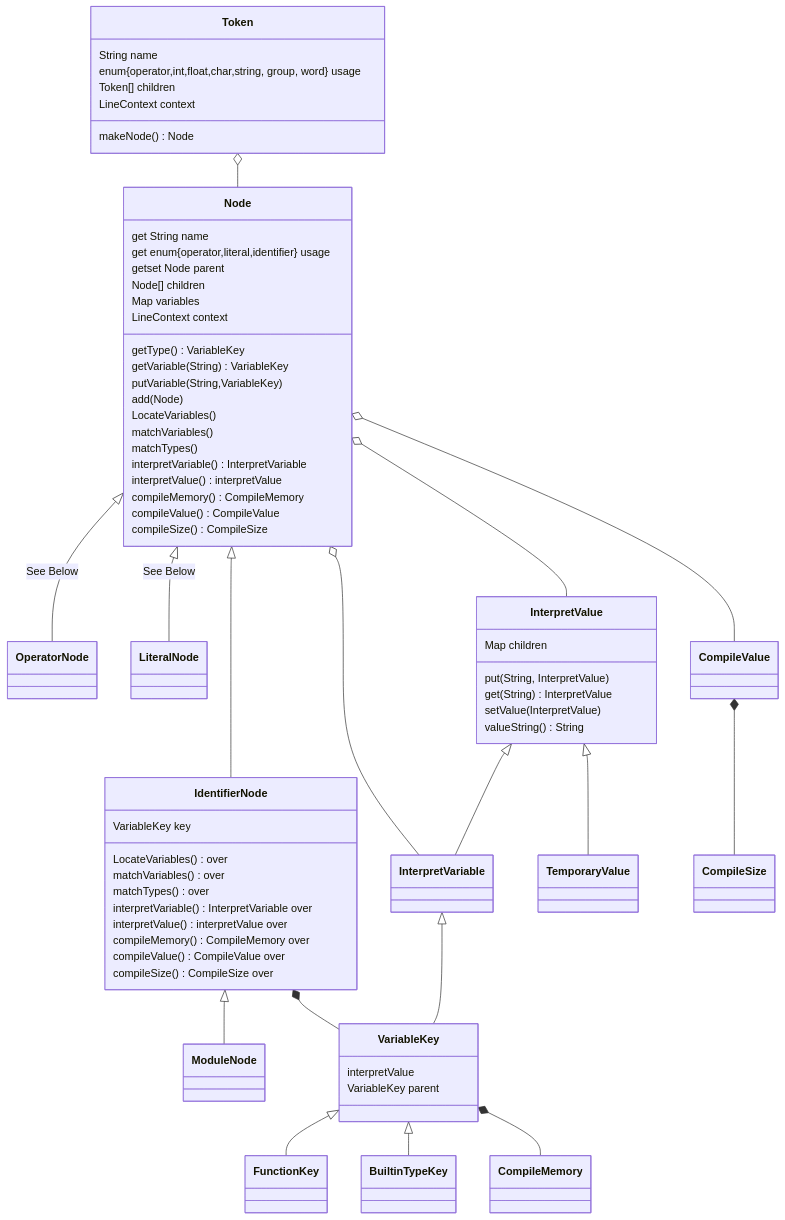
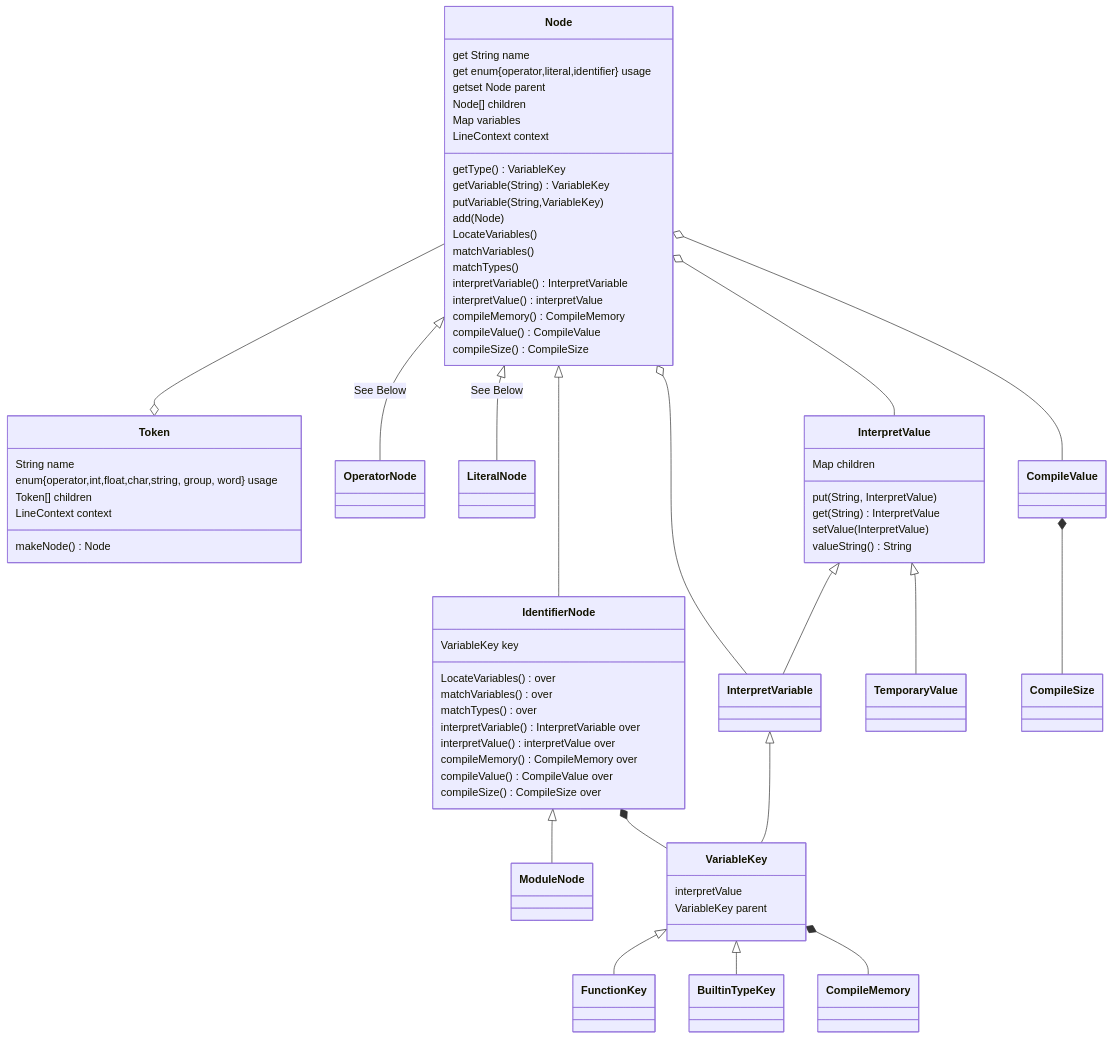
One commit to Jzhyang1/Monomer changed the first of 4 diagrams in Implementation.md. Above: the diagram before and after it, drawn with Mermaid. The commit also changed other lines of this file, not shown here.

Commit message:
Implementation.md updated from https://stackedit.io/

````diff
--- a/Implementation.md
+++ b/Implementation.md
@@ -59,65 +59,65 @@
 ```mermaid
 classDiagram
-direction L
-Token o-- Node
+Tokenizer
+Node --o Token
 
 Node <|-- OperatorNode: See Below
 Node <|-- LiteralNode: See Below
 Node <|-- IdentifierNode
 Node o-- InterpretVariable
 Node o-- InterpretValue
 IdentifierNode <|-- ModuleNode
 IdentifierNode *-- VariableKey
 VariableKey <|-- FunctionKey
 VariableKey <|-- BuiltinTypeKey
 VariableKey *-- CompileMemory
 InterpretValue <|-- InterpretVariable
 InterpretValue <|-- TemporaryValue
 InterpretVariable <|-- VariableKey
 CompileValue *-- CompileSize
 Node o-- CompileValue
 
 Token: String name
 Token: enum{operator,int,float,char,string, group, word} usage
 Token: Token[] children
 Token: LineContext context
 Token: makeNode() Node
 
 Node: get String name
 Node: get enum{operator,literal,identifier} usage
 Node: getset Node parent
 Node: Node[] children
 Node: Map<String, VariableKey> variables
 Node: LineContext context
 Node: getType() VariableKey
 Node: getVariable(String) VariableKey
 Node: putVariable(String,VariableKey)
 Node: add(Node)
 Node: LocateVariables()
 Node: matchVariables()
 Node: matchTypes()
 Node: interpretVariable() InterpretVariable
 Node: interpretValue() interpretValue
 Node: compileMemory() CompileMemory
 Node: compileValue() CompileValue
 Node: compileSize() CompileSize
 
 IdentifierNode: VariableKey key
 IdentifierNode: LocateVariables() over
 IdentifierNode: matchVariables() over
 IdentifierNode: matchTypes() over
 IdentifierNode: interpretVariable() InterpretVariable over
 IdentifierNode: interpretValue() interpretValue over
 IdentifierNode: compileMemory() CompileMemory over
 IdentifierNode: compileValue() CompileValue over
 IdentifierNode: compileSize() CompileSize over
 
 InterpretValue: Map<String, InterpretValue> children
 InterpretValue: put(String, InterpretValue)
 InterpretValue: get(String) InterpretValue
 InterpretValue: setValue(InterpretValue)
 InterpretValue: valueString() String
 
 VariableKey: interpretValue
 VariableKey: VariableKey parent
 ```
````
